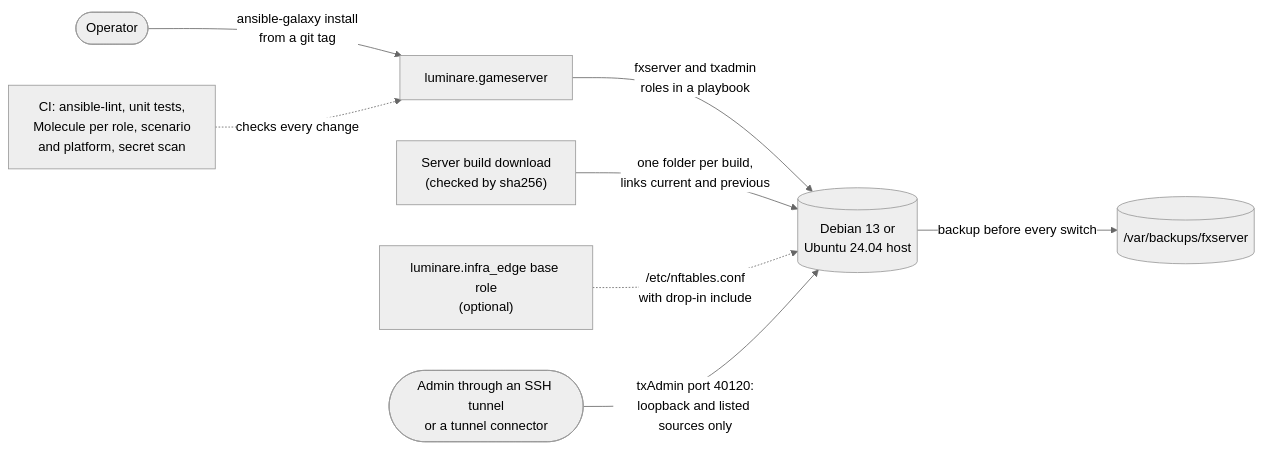
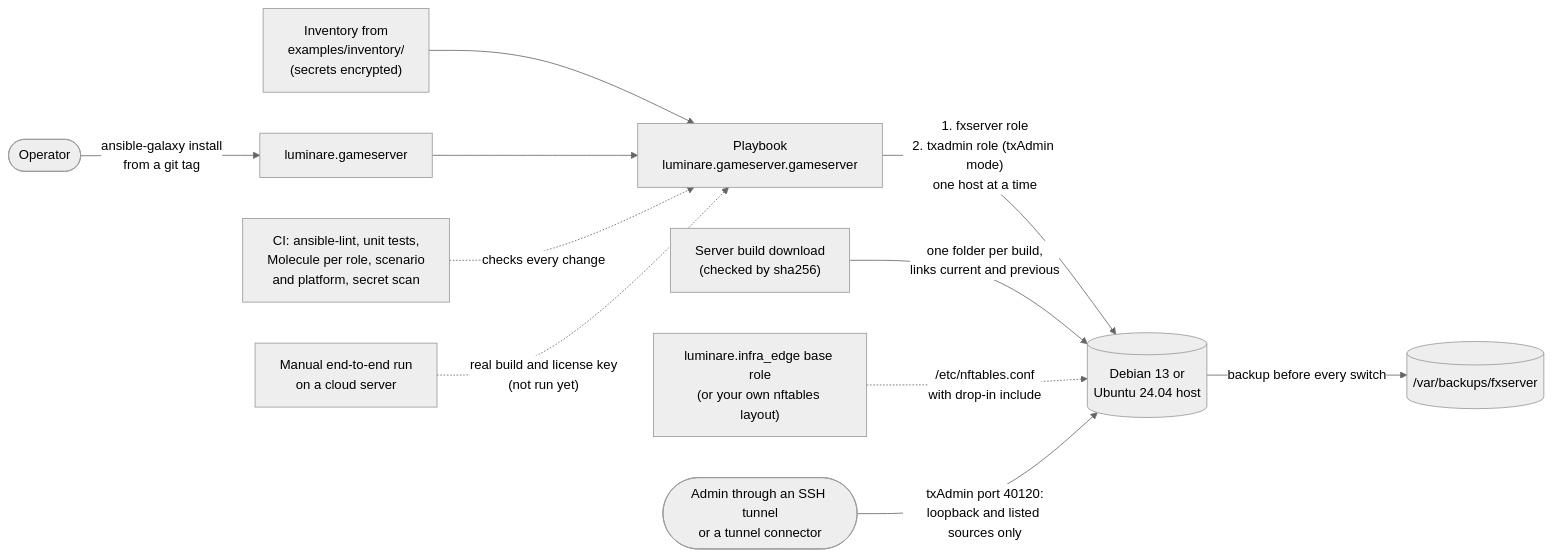
Before and after one commit to luminare-dev/ansible-collection-gameserver: the diagram in README.md, drawn with Mermaid (neutral theme). The commit also changed other lines of this file and 28 other files, not shown here.

First line of the commit message:
feat: add the game server playbook with an example inventory and the end-to-end run (#7)

````diff
--- a/README.md
+++ b/README.md
@@ -51,10 +82,13 @@
 ```mermaid
 flowchart LR
     operator(["Operator"]) -->|"ansible-galaxy install<br/>from a git tag"| collection["luminare.gameserver"]
-    collection -->|"fxserver and txadmin<br/>roles in a playbook"| host[("Debian 13 or<br/>Ubuntu 24.04 host")]
+    inventory["Inventory from<br/>examples/inventory/<br/>(secrets encrypted)"] --> playbook
+    collection --> playbook["Playbook<br/>luminare.gameserver.gameserver"]
+    playbook -->|"1. fxserver role<br/>2. txadmin role (txAdmin mode)<br/>one host at a time"| host[("Debian 13 or<br/>Ubuntu 24.04 host")]
     download["Server build download<br/>(checked by sha256)"] -->|"one folder per build,<br/>links current and previous"| host
     host -->|"backup before every switch"| backups[("/var/backups/fxserver")]
-    edge["luminare.infra_edge base role<br/>(optional)"] -.->|"/etc/nftables.conf<br/>with drop-in include"| host
+    edge["luminare.infra_edge base role<br/>(or your own nftables layout)"] -.->|"/etc/nftables.conf<br/>with drop-in include"| host
     admin(["Admin through an SSH tunnel<br/>or a tunnel connector"]) -->|"txAdmin port 40120:<br/>loopback and listed sources only"| host
-    ci["CI: ansible-lint, unit tests,<br/>Molecule per role, scenario<br/>and platform, secret scan"] -.->|"checks every change"| collection
+    ci["CI: ansible-lint, unit tests,<br/>Molecule per role, scenario<br/>and platform, secret scan"] -.->|"checks every change"| playbook
+    e2e["Manual end-to-end run<br/>on a cloud server"] -.->|"real build and license key<br/>(not run yet)"| playbook
 ```
````
